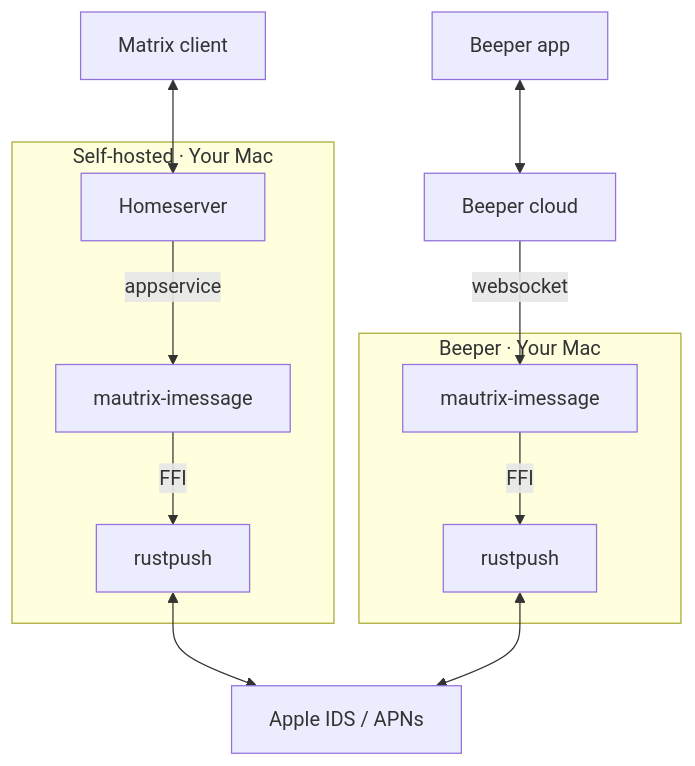
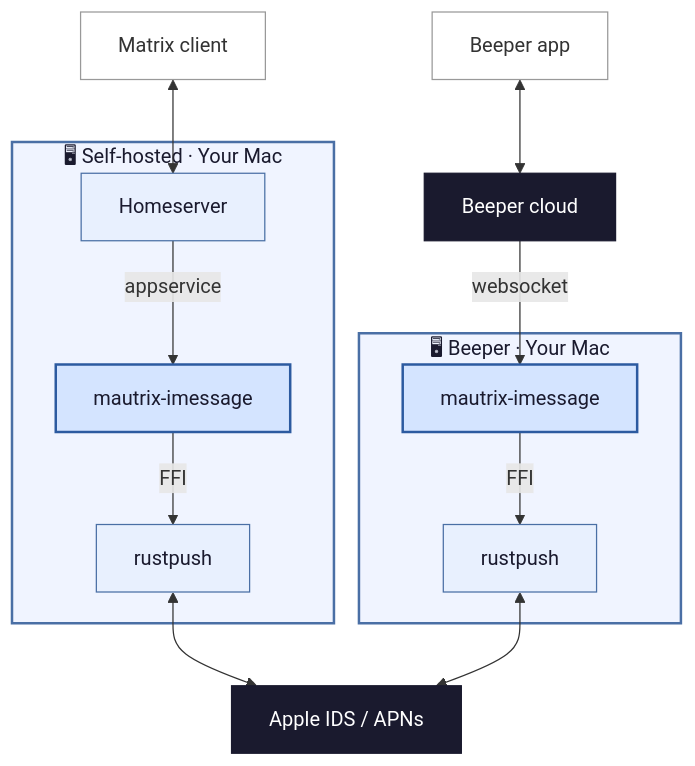
The diagram in README.md (jasonlaguidice/imessage), drawn with Mermaid before and after one commit.

Commit message:
Style Mermaid diagram: color-coded nodes, darker cloud services

````diff
--- a/README.md
+++ b/README.md
@@ -106,15 +106,27 @@
 ```mermaid
 flowchart TB
-    subgraph sh[Self-hosted · Your Mac]
+    subgraph sh["🖥 Self-hosted · Your Mac"]
         HS[Homeserver] -- appservice --> Bridge1[mautrix-imessage]
         Bridge1 -- FFI --> RP1[rustpush]
     end
-    subgraph bp[Beeper · Your Mac]
+    subgraph bp["🖥 Beeper · Your Mac"]
         Bridge2[mautrix-imessage] -- FFI --> RP2[rustpush]
     end
     Client1[Matrix client] <--> HS
     Client2[Beeper app] <--> Beeper[Beeper cloud]
     Beeper -- websocket --> Bridge2
     RP1 <--> Apple[Apple IDS / APNs]
     RP2 <--> Apple
+
+    style sh fill:#f0f4ff,stroke:#4a6fa5,stroke-width:2px,color:#1a1a2e
+    style bp fill:#f0f4ff,stroke:#4a6fa5,stroke-width:2px,color:#1a1a2e
+    style Apple fill:#1a1a2e,stroke:#1a1a2e,color:#fff
+    style Beeper fill:#1a1a2e,stroke:#1a1a2e,color:#fff
+    style Client1 fill:#fff,stroke:#999,color:#333
+    style Client2 fill:#fff,stroke:#999,color:#333
+    style HS fill:#e8f0fe,stroke:#4a6fa5,color:#1a1a2e
+    style Bridge1 fill:#d4e4ff,stroke:#2c5aa0,stroke-width:2px,color:#1a1a2e
+    style Bridge2 fill:#d4e4ff,stroke:#2c5aa0,stroke-width:2px,color:#1a1a2e
+    style RP1 fill:#e8f0fe,stroke:#4a6fa5,color:#1a1a2e
+    style RP2 fill:#e8f0fe,stroke:#4a6fa5,color:#1a1a2e
 ```
````
